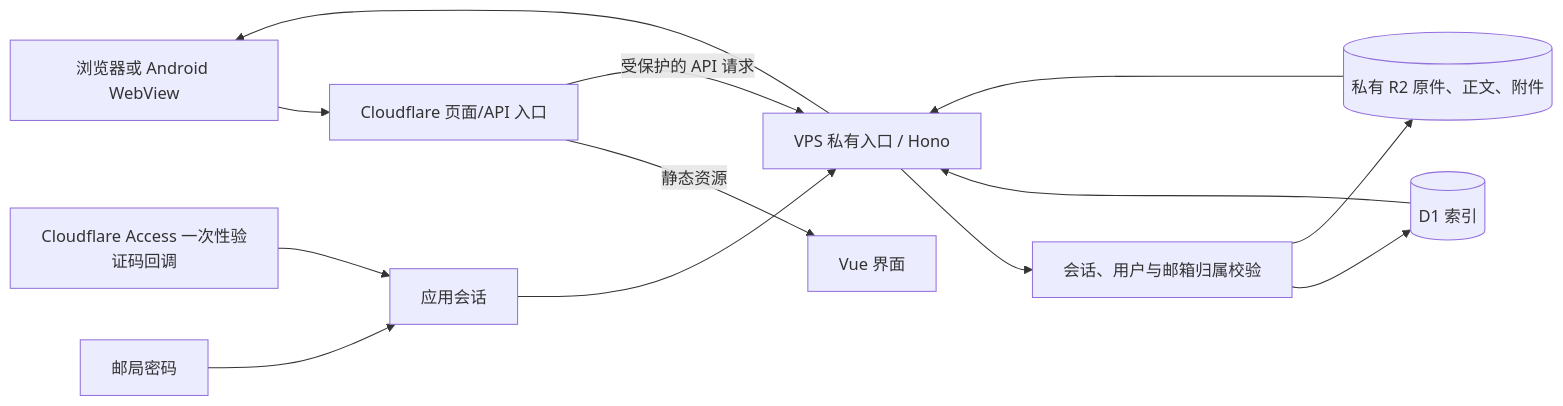
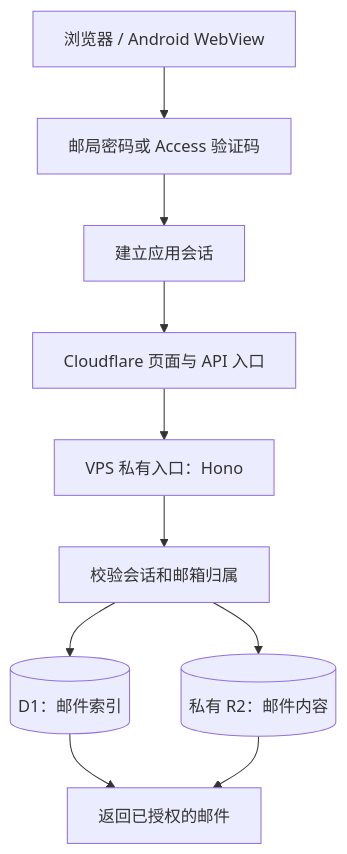
The second of 2 diagrams in README.md (ayingQAQ/Wenying-mail), drawn with Mermaid before and after one commit. The commit also changed other lines of this file, not shown here.

Commit message:
docs: enlarge architecture diagrams

````diff
--- a/README.md
+++ b/README.md
@@ -47,15 +43,12 @@
 ```mermaid
-flowchart LR
-    W[浏览器或 Android WebView] --> E[Cloudflare 页面/API 入口]
-    E -->|静态资源| F[Vue 界面]
-    E -->|受保护的 API 请求| X[VPS 私有入口 / Hono]
-    L[邮局密码] --> A[应用会话]
-    O[Cloudflare Access 一次性验证码回调] --> A
-    A --> X
-    X --> H[会话、用户与邮箱归属校验]
-    H --> I[(D1 索引)]
-    H --> J[(私有 R2 原件、正文、附件)]
-    I --> X
-    J --> X
-    X --> W
+flowchart TB
+    W[浏览器 / Android WebView] --> L[邮局密码或 Access 验证码]
+    L --> A[建立应用会话]
+    A --> E[Cloudflare 页面与 API 入口]
+    E --> X[VPS 私有入口：Hono]
+    X --> H[校验会话和邮箱归属]
+    H --> I[(D1：邮件索引)]
+    H --> J[(私有 R2：邮件内容)]
+    I --> K[返回已授权的邮件]
+    J --> K
 ```
````
